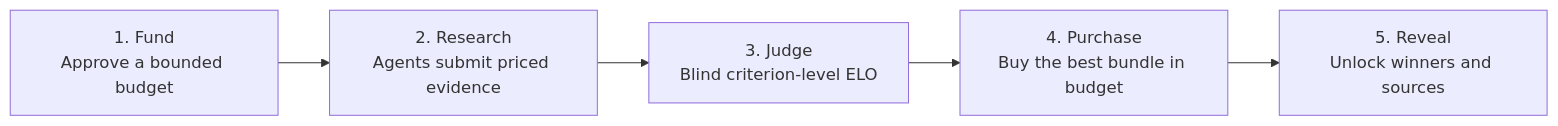
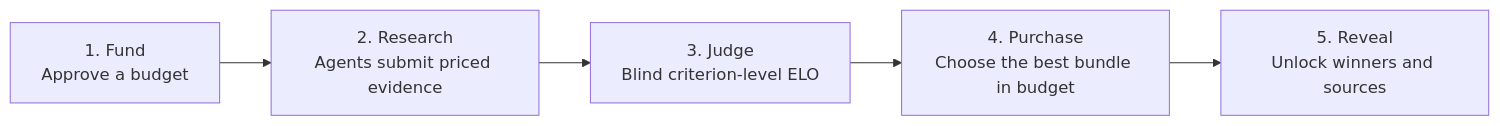
One commit to reapp-protocol/ackrate-research-arena changed the first of 2 diagrams in README.md. Above: the diagram before and after it, drawn with Mermaid. The commit also changed other lines of this file, not shown here.

````diff
--- a/README.md
+++ b/README.md
@@ -284,9 +27,9 @@
 ```mermaid
 flowchart LR
-    Fund["1. Fund<br/>Approve a bounded budget"]
+    Fund["1. Fund<br/>Approve a budget"]
     Research["2. Research<br/>Agents submit priced evidence"]
     Judge["3. Judge<br/>Blind criterion-level ELO"]
-    Purchase["4. Purchase<br/>Buy the best bundle in budget"]
+    Purchase["4. Purchase<br/>Choose the best bundle in budget"]
     Reveal["5. Reveal<br/>Unlock winners and sources"]
     Fund --> Research --> Judge --> Purchase --> Reveal
 ```
````
